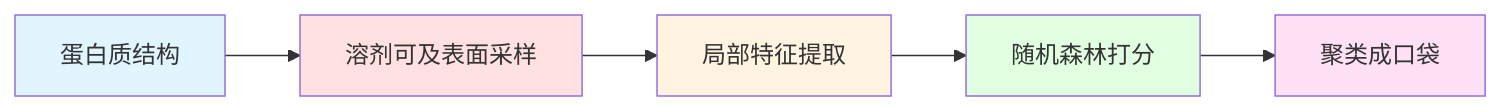
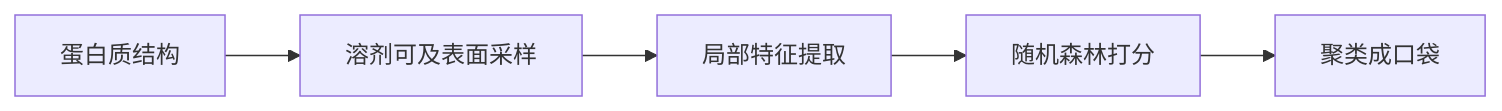
Before and after one commit to virtualguard101/flash_dock: the first of 5 diagrams in architecture.md, drawn with Mermaid. The commit also changed other lines of this file, not shown here.

Commit message:
docs: update architecture

````diff
--- a/architecture.md
+++ b/architecture.md
@@ -150,13 +150,7 @@
 ```mermaid
 flowchart LR
     A[蛋白质结构] --> B[溶剂可及表面采样]
     B --> C[局部特征提取]
     C --> D[随机森林打分]
     D --> E[聚类成口袋]
-    
-    style A fill:#e1f5ff
-    style B fill:#ffe1e1
-    style C fill:#fff4e1
-    style D fill:#e1ffe1
-    style E fill:#ffe1f5
 ```
````
